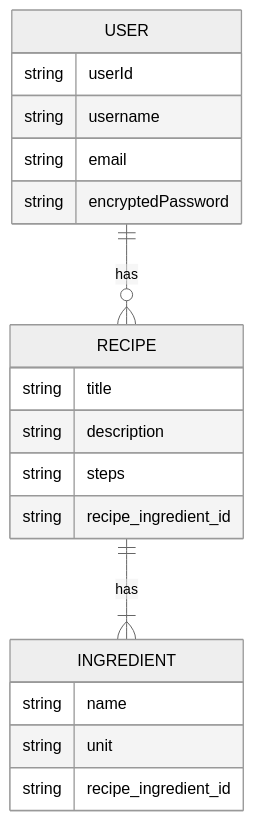
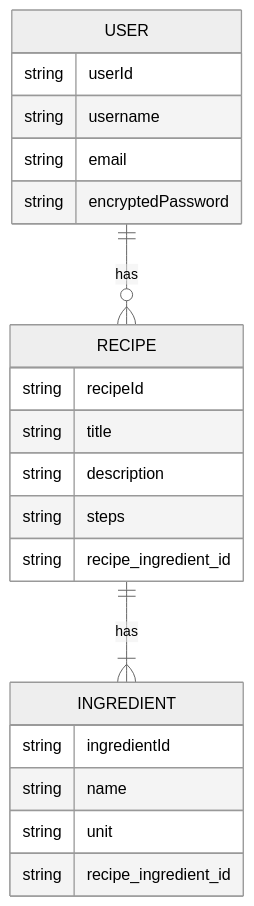
One commit to renja-g/IngredientsGraph changed the diagram in README.md. Above: the diagram before and after it, drawn with Mermaid (neutral theme).

````diff
--- a/README.md
+++ b/README.md
@@ -7,23 +7,25 @@
 ```mermaid
 erDiagram
     USER ||--o{ RECIPE : has
     RECIPE ||--|{ INGREDIENT : has
 
     USER {
         string userId
         string username
         string email
         string encryptedPassword
     }
     RECIPE {
+        string recipeId
         string title
         string description
         string steps
         string recipe_ingredient_id
     }
     INGREDIENT {
+        string ingredientId
         string name
         string unit
         string recipe_ingredient_id
     }
 ```
````
